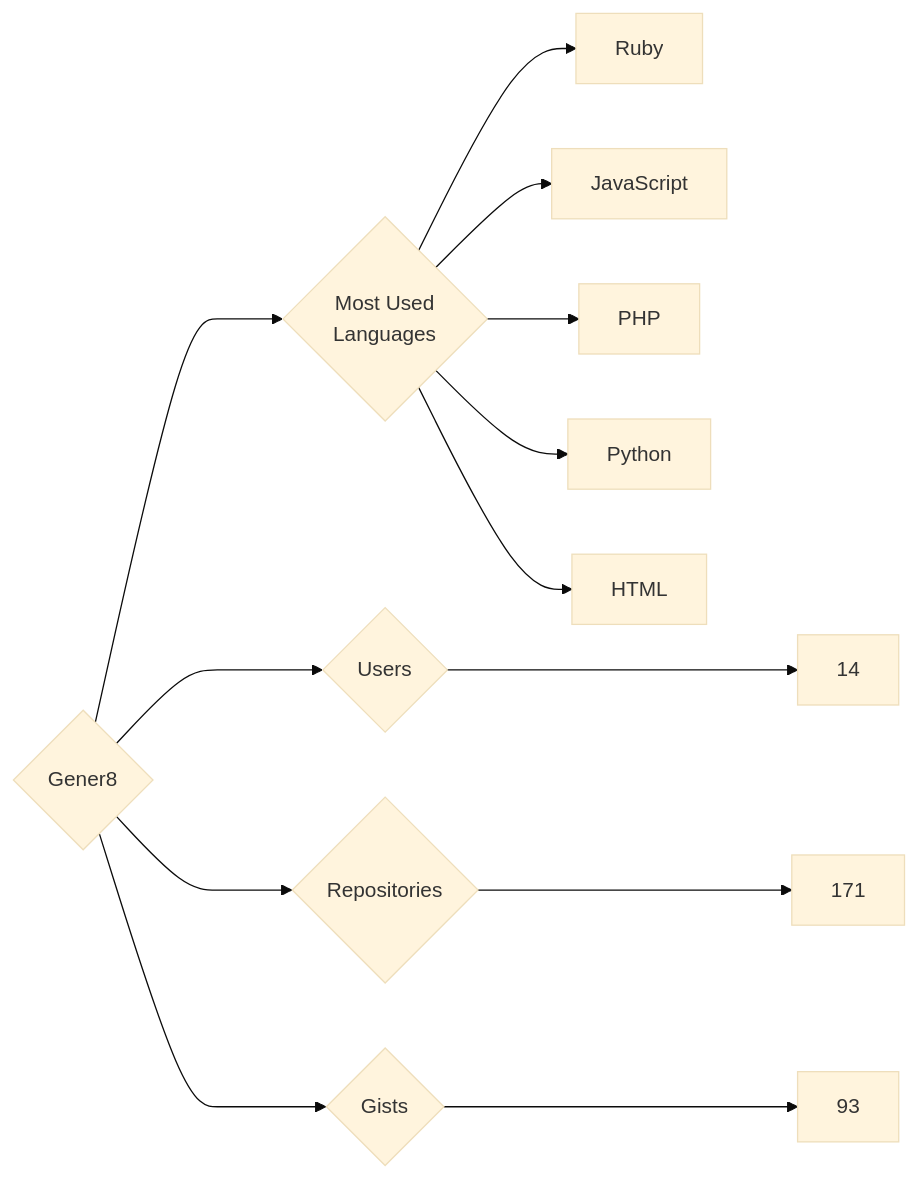
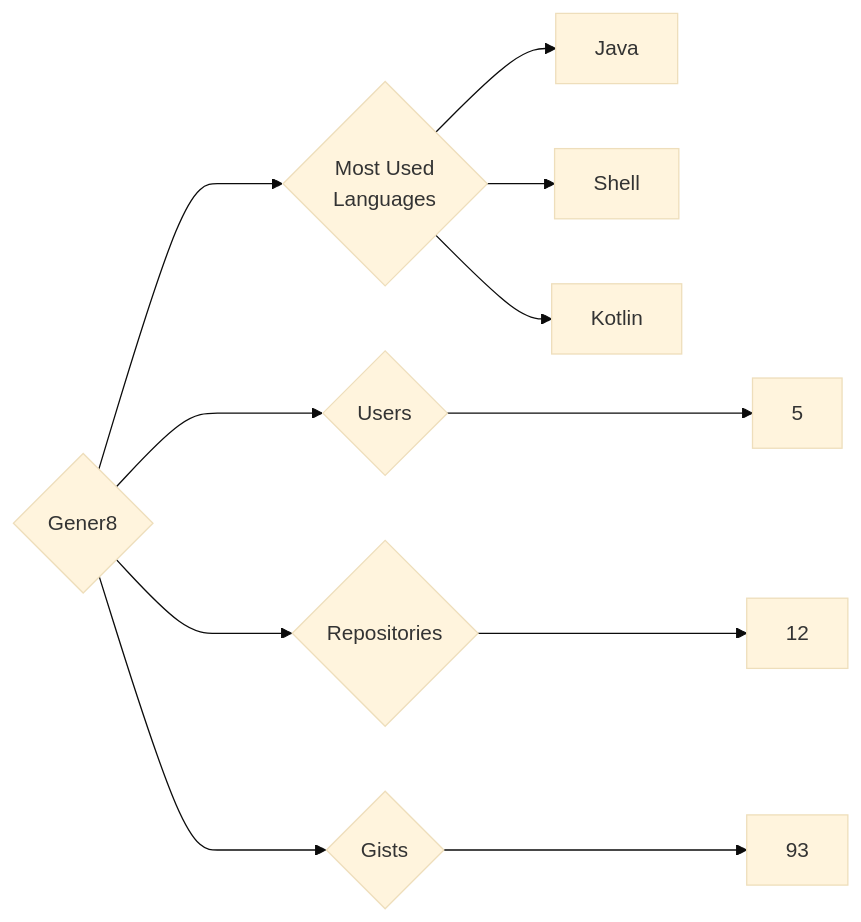
Before and after one commit to trickest/insiders: the diagram in targets/Gener8/README.md, drawn with Mermaid (base theme). The commit also changed 823 other files, not shown here.

````diff
--- a/targets/Gener8/README.md
+++ b/targets/Gener8/README.md
@@ -3,13 +3,11 @@
 ```mermaid
 graph LR
 COMPANY_NAME{Gener8}
-COMPANY_NAME ---> U{Users} ---> UN[14]
-COMPANY_NAME ---> R{Repositories} ---> RN[171]
+COMPANY_NAME ---> U{Users} ---> UN[5]
+COMPANY_NAME ---> R{Repositories} ---> RN[12]
 COMPANY_NAME ---> G{Gists} ---> GN[93]
 COMPANY_NAME ---> ML{Most Used<br>Languages}
-ML --> Ruby[Ruby]
-ML --> JavaScript[JavaScript]
-ML --> PHP[PHP]
-ML --> Python[Python]
-ML --> HTML[HTML]
+ML --> Java[Java]
+ML --> Shell[Shell]
+ML --> Kotlin[Kotlin]
 ```
````
